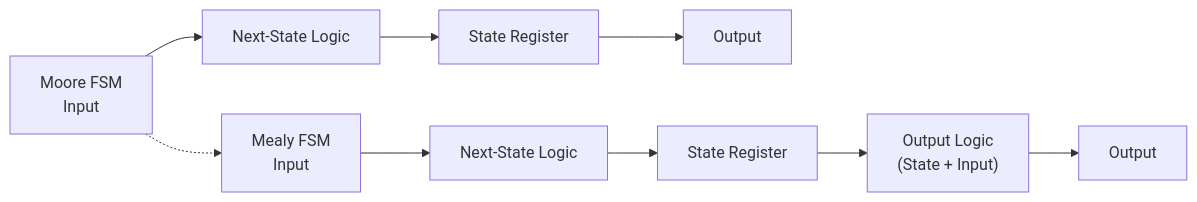
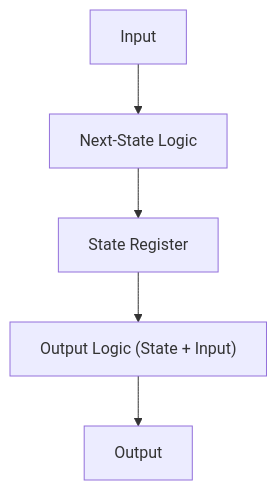
The fourth of 4 diagrams in chapter2_comb_logic/2.6_fsm_intro.md (Samizo-AITL/Edusemi-v4x), drawn with Mermaid before and after one commit. The commit also changed other lines of this file, not shown here.

````diff
--- a/chapter2_comb_logic/2.6_fsm_intro.md
+++ b/chapter2_comb_logic/2.6_fsm_intro.md
@@ -92,27 +98,7 @@
 ```mermaid
-flowchart LR
-    %% Moore FSM構造（左）
-    MooreInput["Moore FSM<br>Input"]
-    MooreNSL["Next-State Logic"]
-    MooreREG["State Register"]
-    MooreOUT["Output"]
-
-    MooreInput --> MooreNSL
-    MooreNSL --> MooreREG
-    MooreREG --> MooreOUT
-
-    %% Mealy FSM構造（右）
-    MealyInput["Mealy FSM<br>Input"]
-    MealyNSL["Next-State Logic"]
-    MealyREG["State Register"]
-    MealyOUTLOGIC["Output Logic<br>(State + Input)"]
-    MealyOUT["Output"]
-
-    MealyInput --> MealyNSL
-    MealyNSL --> MealyREG
-    MealyREG --> MealyOUTLOGIC
-    MealyOUTLOGIC --> MealyOUT
-
-    %% 横並びに強制するためのダミーリンク
-    MooreInput -.-> MealyInput
+flowchart TD
+    B1["Input"] --> B2["Next-State Logic"]
+    B2 --> B3["State Register"]
+    B3 --> B4["Output Logic (State + Input)"]
+    B4 --> B5["Output"]
 ```
````
